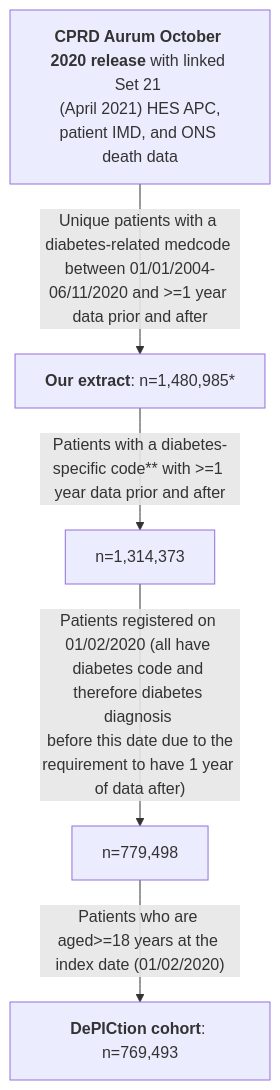
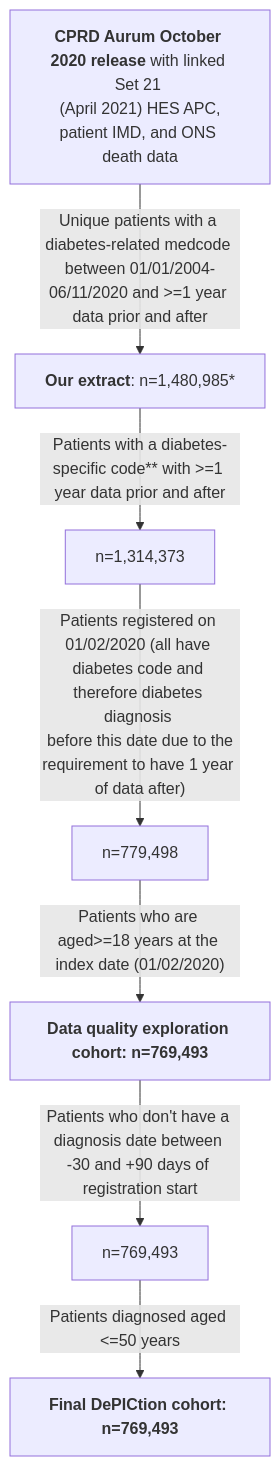
One commit to Exeter-Diabetes/CPRD-Katie-DePICtion-Scripts changed the first of 2 diagrams in README.md. Above: the diagram before and after it, drawn with Mermaid.

````diff
--- a/README.md
+++ b/README.md
@@ -34,7 +34,9 @@
 ```mermaid
 graph TD;
     A["<b>CPRD Aurum October 2020 release</b> with linked Set 21 <br> (April 2021) HES APC, patient IMD, and ONS death data"] --> |"Unique patients with a diabetes-related medcode between 01/01/2004-06/11/2020 and >=1 year data prior and after"| B["<b>Our extract</b>: n=1,480,985*"]
     B -->|"Patients with a diabetes-specific code** with >=1 year data prior and after"|C["n=1,314,373"]
     C -->|"Patients registered on 01/02/2020 (all have diabetes code and therefore diabetes diagnosis <br> before this date due to the requirement to have 1 year of data after)"|D["n=779,498"]
-    D -->|"Patients who are aged>=18 years at the index date (01/02/2020)"|E["<b>DePICtion cohort</b>: n=769,493"]
+    D -->|"Patients who are aged>=18 years at the index date (01/02/2020)"|E["<b>Data quality exploration cohort:<b> n=769,493"]
+    E -->|"Patients who don't have a diagnosis date between -30 and +90 days of registration start"|F["n=769,493"]
+    F -->|"Patients diagnosed aged <=50 years"|G["<b>Final DePICtion cohort:<b> n=769,493"]
 ```
````
